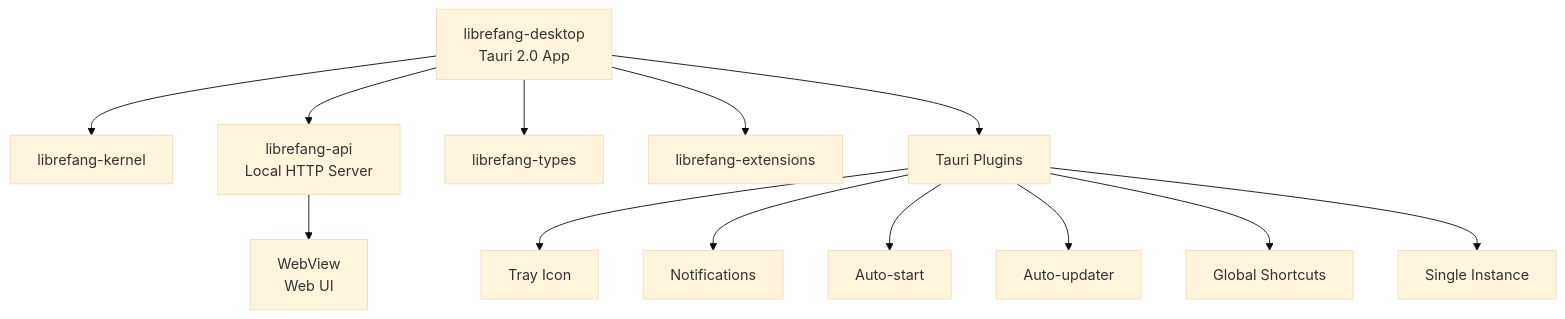
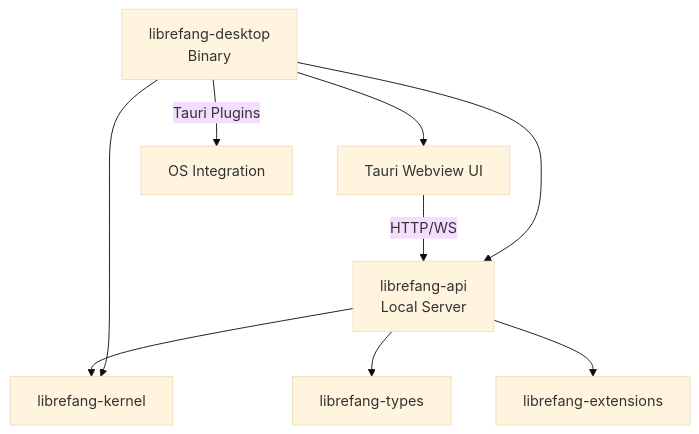
Before and after one commit to leszek3737/librefang-WIki: the diagram in other-librefang-desktop.md, drawn with Mermaid (base theme). The commit also changed other lines of this file and 98 other files, not shown here.

````diff
--- a/other-librefang-desktop.md
+++ b/other-librefang-desktop.md
@@ -11,15 +11,11 @@
 ```mermaid
 graph TD
-    A[librefang-desktop<br/>Tauri 2.0 App] --> B[librefang-kernel]
-    A --> C[librefang-api<br/>Local HTTP Server]
-    A --> D[librefang-types]
-    A --> E[librefang-extensions]
-    C --> F[WebView<br/>Web UI]
-    A --> G[Tauri Plugins]
-    G --> H[Tray Icon]
-    G --> I[Notifications]
-    G --> J[Auto-start]
-    G --> K[Auto-updater]
-    G --> L[Global Shortcuts]
-    G --> M[Single Instance]
+    UI[Tauri Webview UI] -->|HTTP/WS| API[librefang-api<br>Local Server]
+    API --> Kernel[librefang-kernel]
+    API --> Types[librefang-types]
+    API --> Extensions[librefang-extensions]
+    App[librefang-desktop<br>Binary] --> UI
+    App --> API
+    App --> Kernel
+    App -->|Tauri Plugins| OS[OS Integration]
 ```
````
